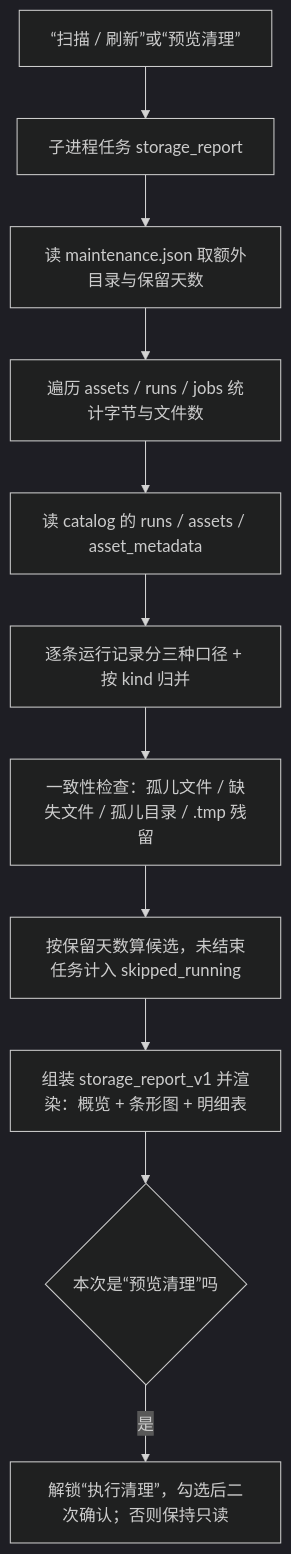
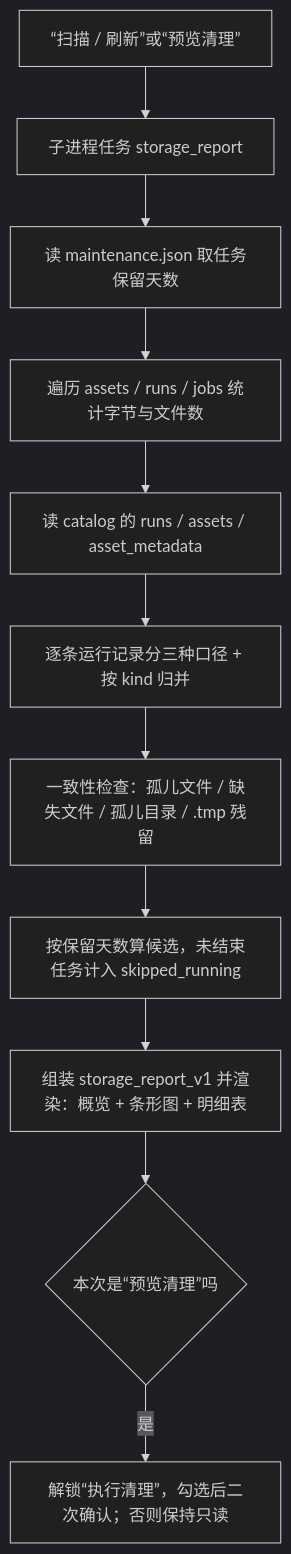
The first of 2 diagrams in docs/电磁信号分析和识别/09数据管理.md (darkking1112/SimuSingal), drawn with Mermaid (dark theme) before and after one commit. The commit also changed other lines of this file and 37 other files, not shown here.

````diff
--- a/docs/电磁信号分析和识别/09数据管理.md
+++ b/docs/电磁信号分析和识别/09数据管理.md
@@ -181,13 +228,13 @@
 ```mermaid
 flowchart TB
     A[“扫描 / 刷新”或“预览清理”] --> B[子进程任务 storage_report]
-    B --> C[读 maintenance.json 取额外目录与保留天数]
+    B --> C[读 maintenance.json 取任务保留天数]
     C --> D[遍历 assets / runs / jobs 统计字节与文件数]
     D --> E[读 catalog 的 runs / assets / asset_metadata]
     E --> F[逐条运行记录分三种口径 + 按 kind 归并]
     F --> G[一致性检查：孤儿文件 / 缺失文件 / 孤儿目录 / .tmp 残留]
     G --> H[按保留天数算候选，未结束任务计入 skipped_running]
     H --> I[组装 storage_report_v1 并渲染：概览 + 条形图 + 明细表]
     I --> J{本次是“预览清理”吗}
     J -- 是 --> K[解锁“执行清理”，勾选后二次确认；否则保持只读]
 ```
````
